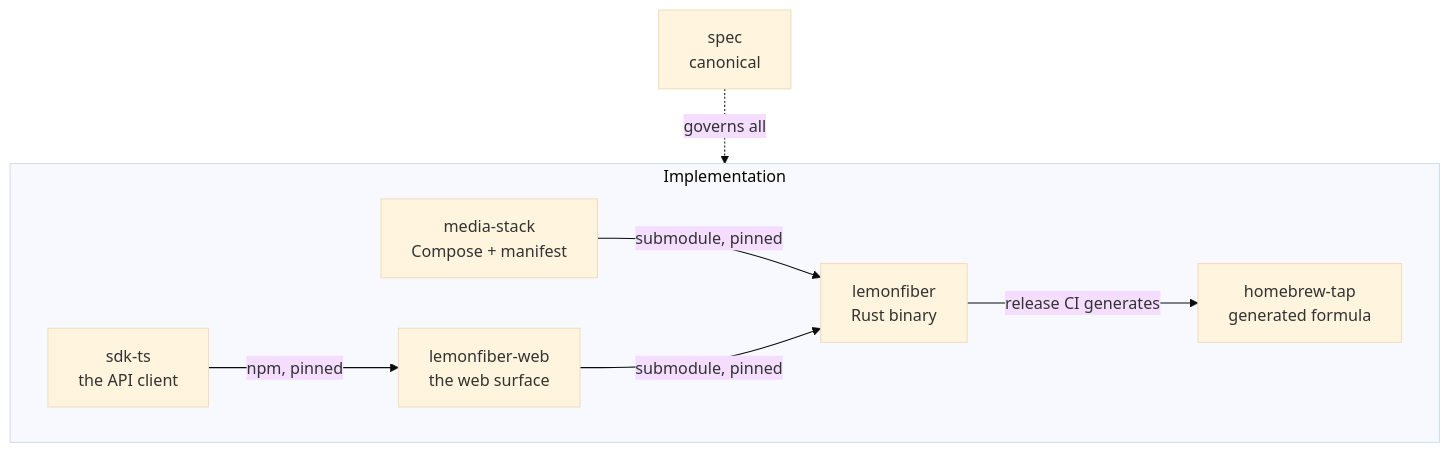
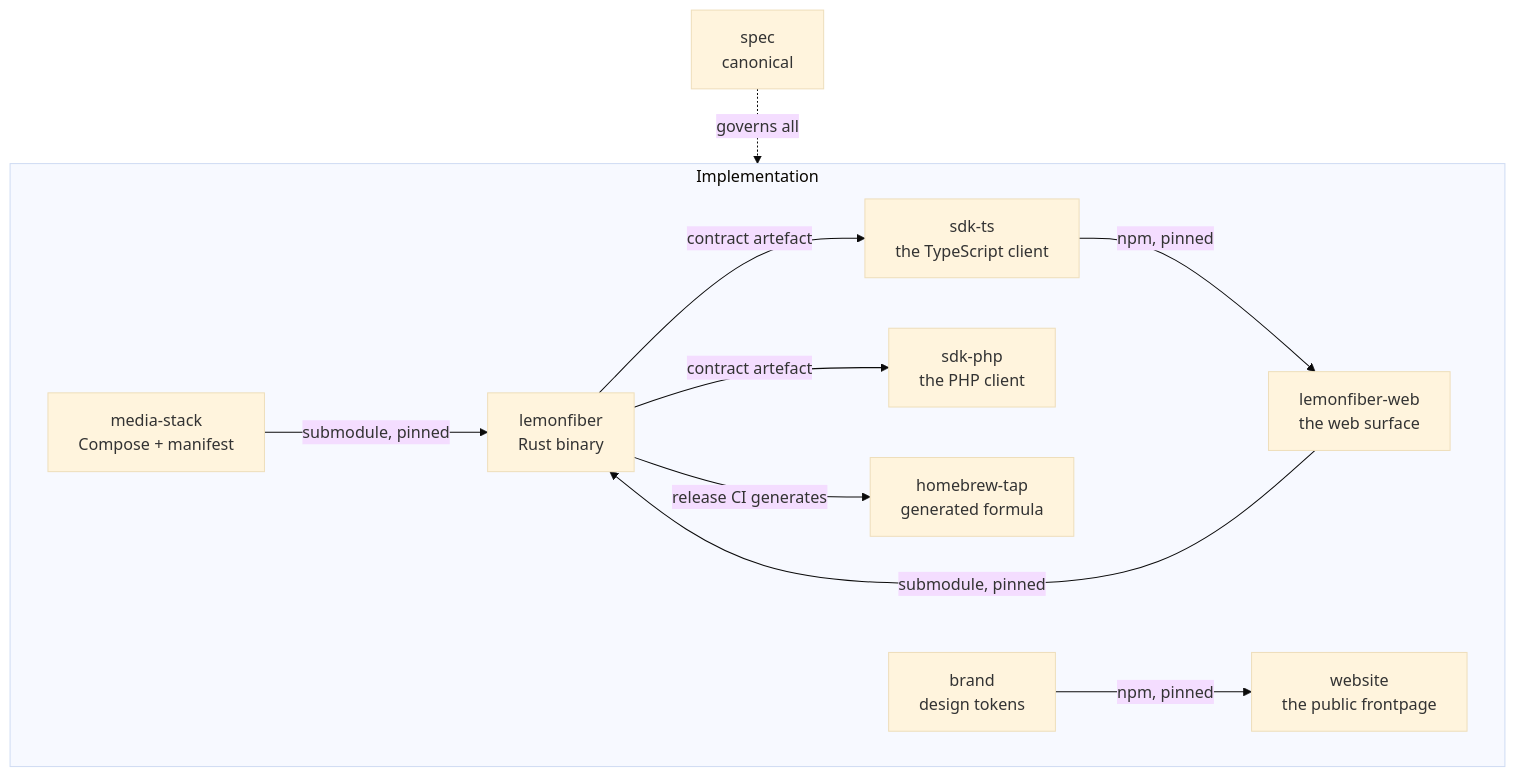
Before and after one commit to lemonfiber/spec: the diagram in 30-repos/README.md, drawn with Mermaid (base theme). The commit also changed other lines of this file and 1 other file, not shown here.

First line of the commit message:
docs(repos): say what the PHP client is and is not

````diff
--- a/30-repos/README.md
+++ b/30-repos/README.md
@@ -13,18 +13,24 @@
 ```mermaid
 flowchart TD
     spec[spec<br/>canonical]
 
     subgraph impl[Implementation]
         lemonfiber[lemonfiber<br/>Rust binary]
         stack[media-stack<br/>Compose + manifest]
         web[lemonfiber-web<br/>the web surface]
-        sdk[sdk-ts<br/>the API client]
+        sdk[sdk-ts<br/>the TypeScript client]
+        sdkphp[sdk-php<br/>the PHP client]
         tap[homebrew-tap<br/>generated formula]
+        brand[brand<br/>design tokens]
+        site[website<br/>the public frontpage]
     end
 
     stack -->|submodule, pinned| lemonfiber
     web -->|submodule, pinned| lemonfiber
     sdk -->|npm, pinned| web
+    lemonfiber -->|contract artefact| sdk
+    lemonfiber -->|contract artefact| sdkphp
     lemonfiber -->|release CI generates| tap
+    brand -->|npm, pinned| site
     spec -.->|governs all| impl
 ```
````
